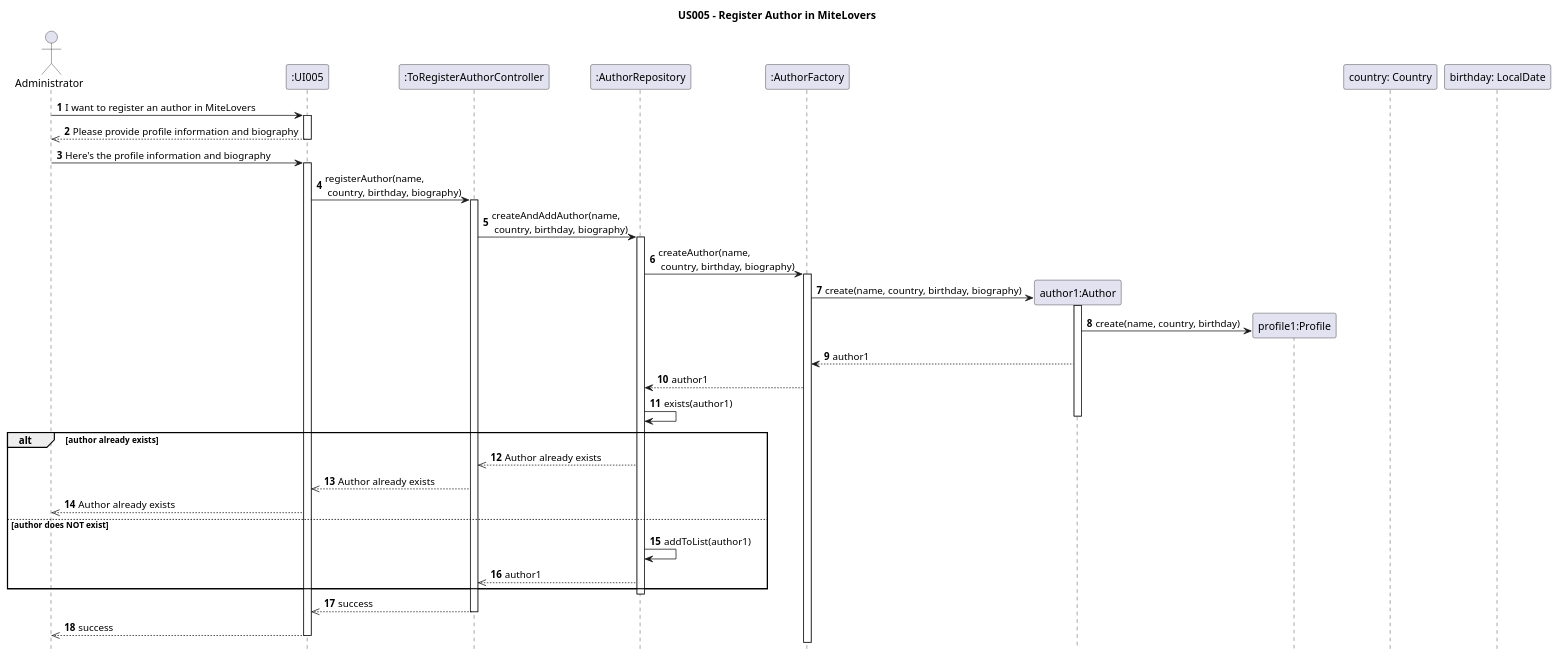
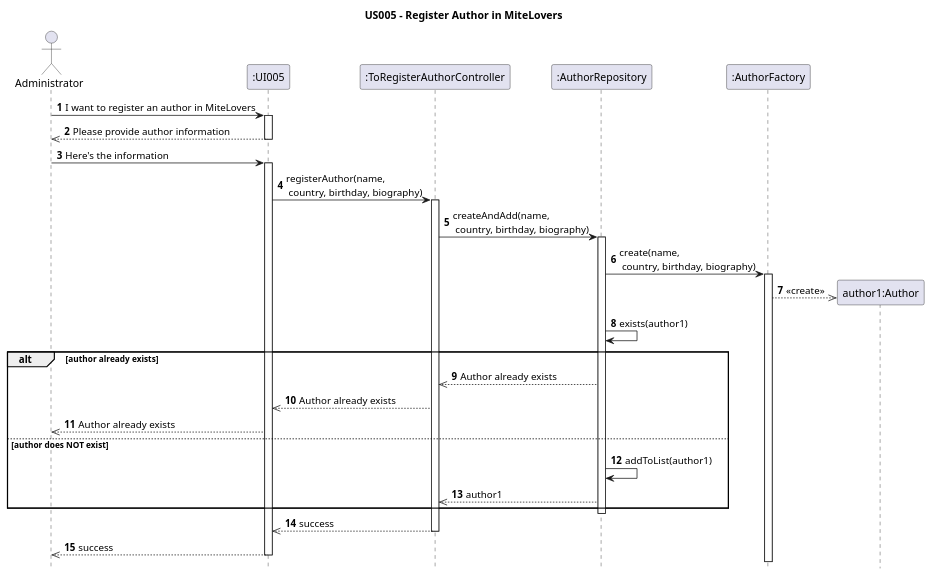
One commit to AndrePereiraGitH/SWitCH-Project-Team_A changed the diagram in Diagrams/SequenceDiagrams/N2/US005-to-register-an-author-in-MIteLovers.puml. Above: the diagram before and after it, drawn with PlantUML.

Commit message:
Update SD and CD diagrams for Author refactor, closes #421

```diff
--- a/Diagrams/SequenceDiagrams/N2/US005-to-register-an-author-in-MIteLovers.puml
+++ b/Diagrams/SequenceDiagrams/N2/US005-to-register-an-author-in-MIteLovers.puml
@@ -1,67 +1,58 @@
 @startuml
 hide footbox
 title US005 - Register Author in MiteLovers
 
 actor Administrator
 participant ":UI005" as UI
 
 autoNumber
 
 
 participant ":ToRegisterAuthorController" as C
 
 
 
 participant ":AuthorRepository" as R
 
 Administrator -> UI :  I want to register an author in MiteLovers
 activate UI
 
-UI -->> Administrator :  Please provide profile information and biography
+UI -->> Administrator :  Please provide author information
 deactivate
 
-Administrator -> UI :  Here's the profile information and biography
+Administrator -> UI :  Here's the information
 activate UI
 UI -> C : registerAuthor(name, \n country, birthday, biography)
 activate C
 
-C -> R :  createAndAddAuthor(name, \n country, birthday, biography)
+C -> R :  createAndAdd(name, \n country, birthday, biography)
 activate R
 
 participant ":AuthorFactory" as F
-R -> F :  createAuthor(name, \n country, birthday, biography)
+R -> F :  create(name, \n country, birthday, biography)
 activate F
 
- create participant "author1:Author" as A
- F-> A ++ : create(name, country, birthday, biography)
+create participant "author1:Author" as A
+ F-->> A  : «create»
 
- create "profile1:Profile" as P
- A -> P : create(name, country, birthday)
 
- A --> F : author1
- F --> R : author1
 
  R -> R : exists(author1)
- deactivate A
 
 
 alt author already exists
   R -->> C : Author already exists
   C -->> UI : Author already exists
   UI -->> Administrator : Author already exists
 else author does NOT exist
   R -> R : addToList(author1)
   R -->> C :  author1
 end
 deactivate R
 C -->> UI :  success
 deactivate C
 
 UI -->> Administrator :  success
 deactivate UI
 
-
-participant "country: Country"
-participant "birthday: LocalDate"
-
 @enduml
```
